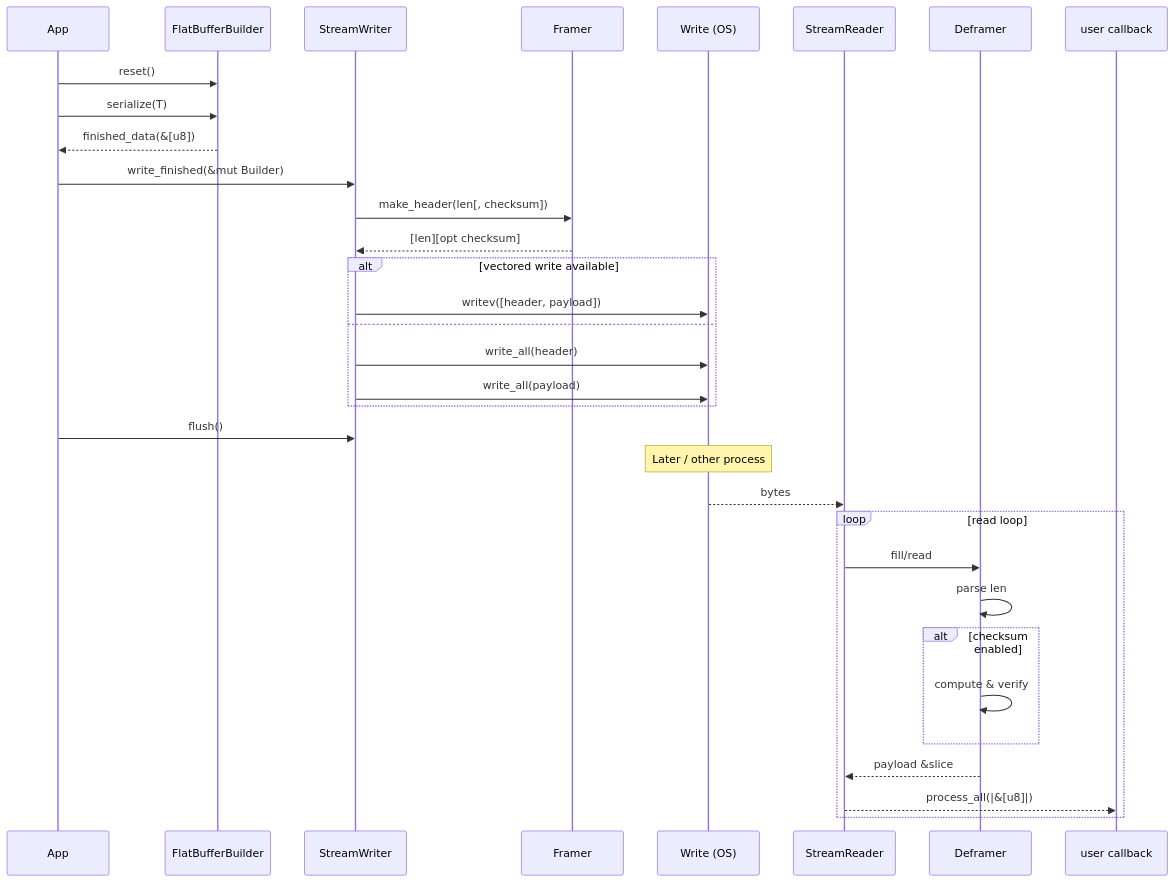
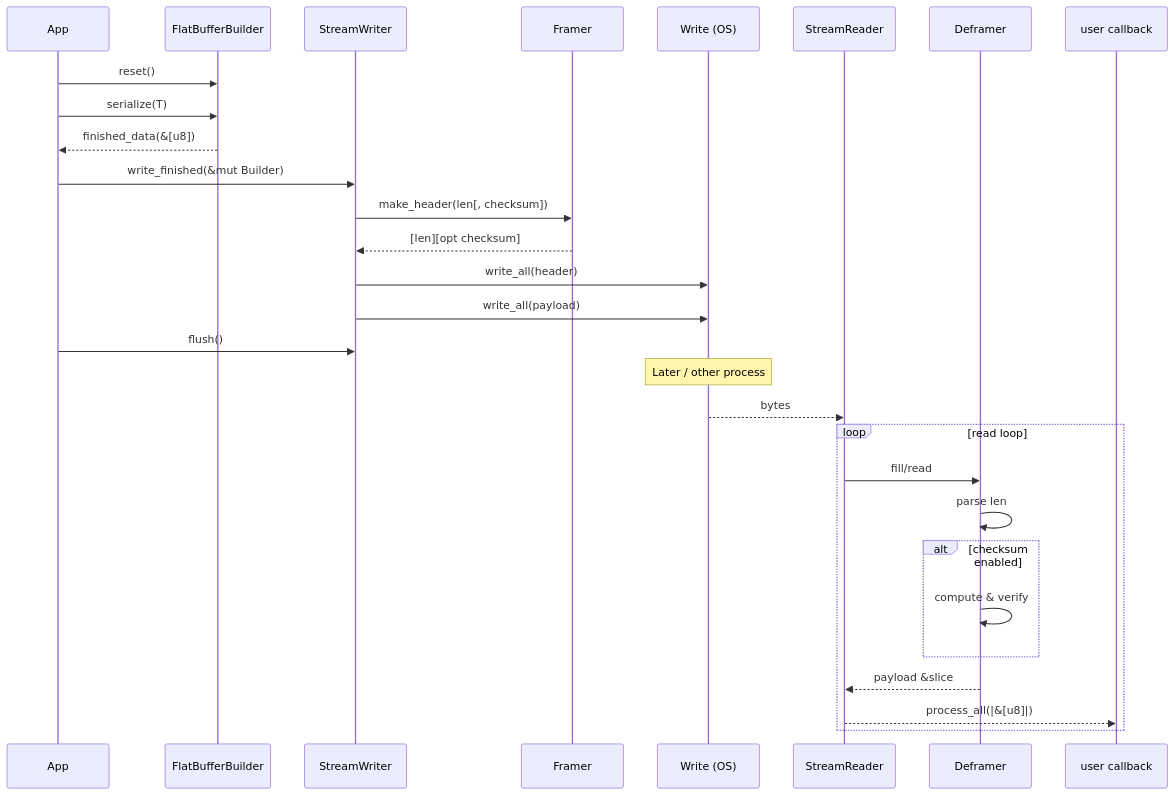
One commit to dallasmarlow/flatstream-rs changed the second of 2 diagrams in README.md. Above: the diagram before and after it, drawn with Mermaid. The commit also changed other lines of this file and 92 other files, not shown here.

````diff
--- a/README.md
+++ b/README.md
@@ -81,35 +80,31 @@
 ```mermaid
 sequenceDiagram
   participant App
   participant Builder as FlatBufferBuilder
   participant Writer as StreamWriter
   participant Framer
   participant OS as Write (OS)
   App->>Builder: reset()
   App->>Builder: serialize(T)
   Builder-->>App: finished_data(&[u8])
   App->>Writer: write_finished(&mut Builder)
   Writer->>Framer: make_header(len[, checksum])
   Framer-->>Writer: [len][opt checksum]
-  alt vectored write available
-    Writer->>OS: writev([header, payload])
-  else
-    Writer->>OS: write_all(header)
-    Writer->>OS: write_all(payload)
-  end
+  Writer->>OS: write_all(header)
+  Writer->>OS: write_all(payload)
   App->>Writer: flush()
   Note over OS: Later / other process
   participant Reader as StreamReader
   participant Deframer
   participant User as user callback
   OS-->>Reader: bytes
   loop read loop
     Reader->>Deframer: fill/read
     Deframer->>Deframer: parse len
     alt checksum enabled
       Deframer->>Deframer: compute & verify
     end
     Deframer-->>Reader: payload &slice
     Reader-->>User: process_all(|&[u8]|)
   end
 ```
````
